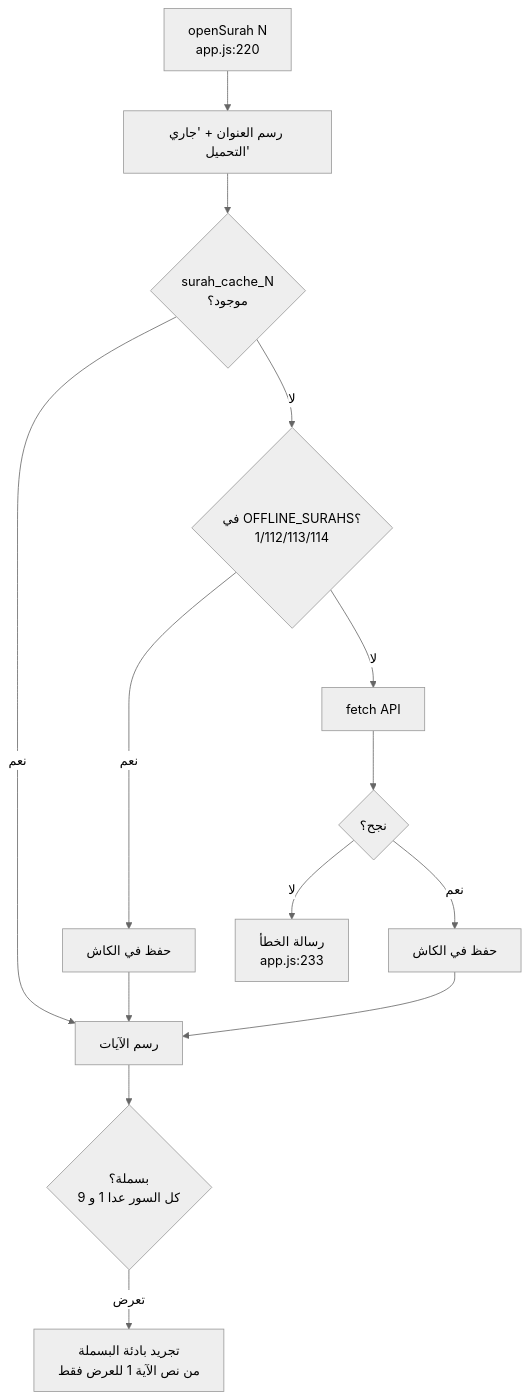
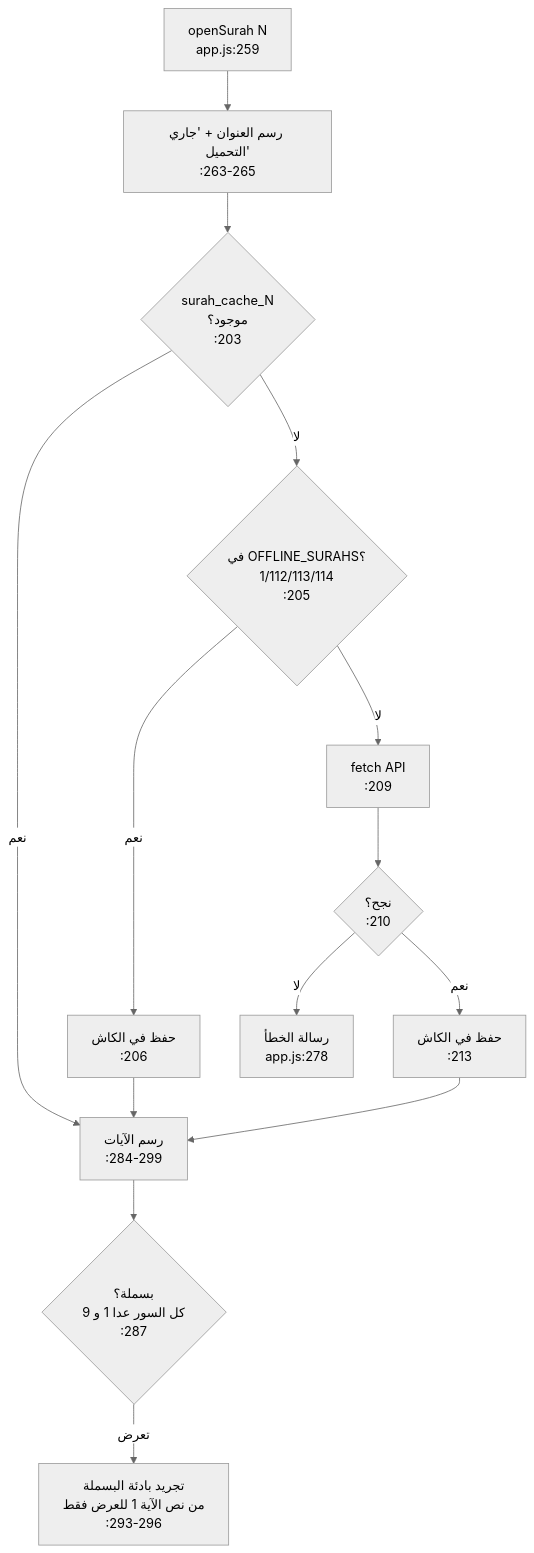
The second of 6 diagrams in docs/CODE-MAP.md (jabar-reda/quran-app), drawn with Mermaid (neutral theme) before and after one commit. The commit also changed other lines of this file and 13 other files, not shown here.

````diff
--- a/docs/CODE-MAP.md
+++ b/docs/CODE-MAP.md
@@ -44,13 +53,13 @@
 ```mermaid
 flowchart TD
-    A["openSurah N<br/>app.js:220"] --> T["رسم العنوان + 'جاري التحميل'"]
-    T --> Q{"surah_cache_N<br/>موجود؟"}
-    Q -- نعم --> RENDER["رسم الآيات"]
-    Q -- لا --> O{"في OFFLINE_SURAHS؟<br/>1/112/113/114"}
-    O -- نعم --> SAVE1["حفظ في الكاش"] --> RENDER
-    O -- لا --> F["fetch API"] --> OK{"نجح؟"}
-    OK -- نعم --> SAVE2["حفظ في الكاش"] --> RENDER
-    OK -- لا --> ERR["رسالة الخطأ<br/>app.js:233"]
-    RENDER --> B{"بسملة؟<br/>كل السور عدا 1 و 9"}
-    B -- تعرض --> STRIP["تجريد بادئة البسملة<br/>من نص الآية 1 للعرض فقط"]
+    A["openSurah N<br/>app.js:259"] --> T["رسم العنوان + 'جاري التحميل'<br/>:263-265"]
+    T --> Q{"surah_cache_N<br/>موجود؟<br/>:203"}
+    Q -- نعم --> RENDER["رسم الآيات<br/>:284-299"]
+    Q -- لا --> O{"في OFFLINE_SURAHS؟<br/>1/112/113/114<br/>:205"}
+    O -- نعم --> SAVE1["حفظ في الكاش<br/>:206"] --> RENDER
+    O -- لا --> F["fetch API<br/>:209"] --> OK{"نجح؟<br/>:210"}
+    OK -- نعم --> SAVE2["حفظ في الكاش<br/>:213"] --> RENDER
+    OK -- لا --> ERR["رسالة الخطأ<br/>app.js:278"]
+    RENDER --> B{"بسملة؟<br/>كل السور عدا 1 و 9<br/>:287"}
+    B -- تعرض --> STRIP["تجريد بادئة البسملة<br/>من نص الآية 1 للعرض فقط<br/>:293-296"]
 ```
````
